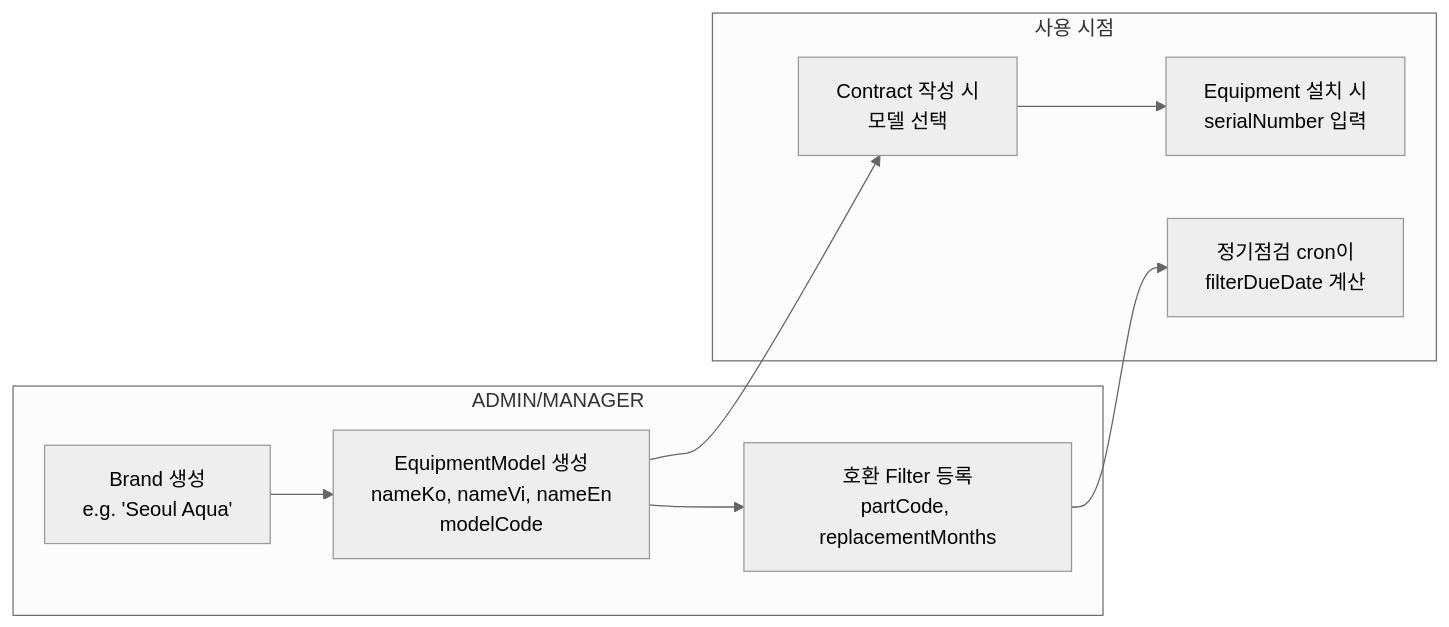
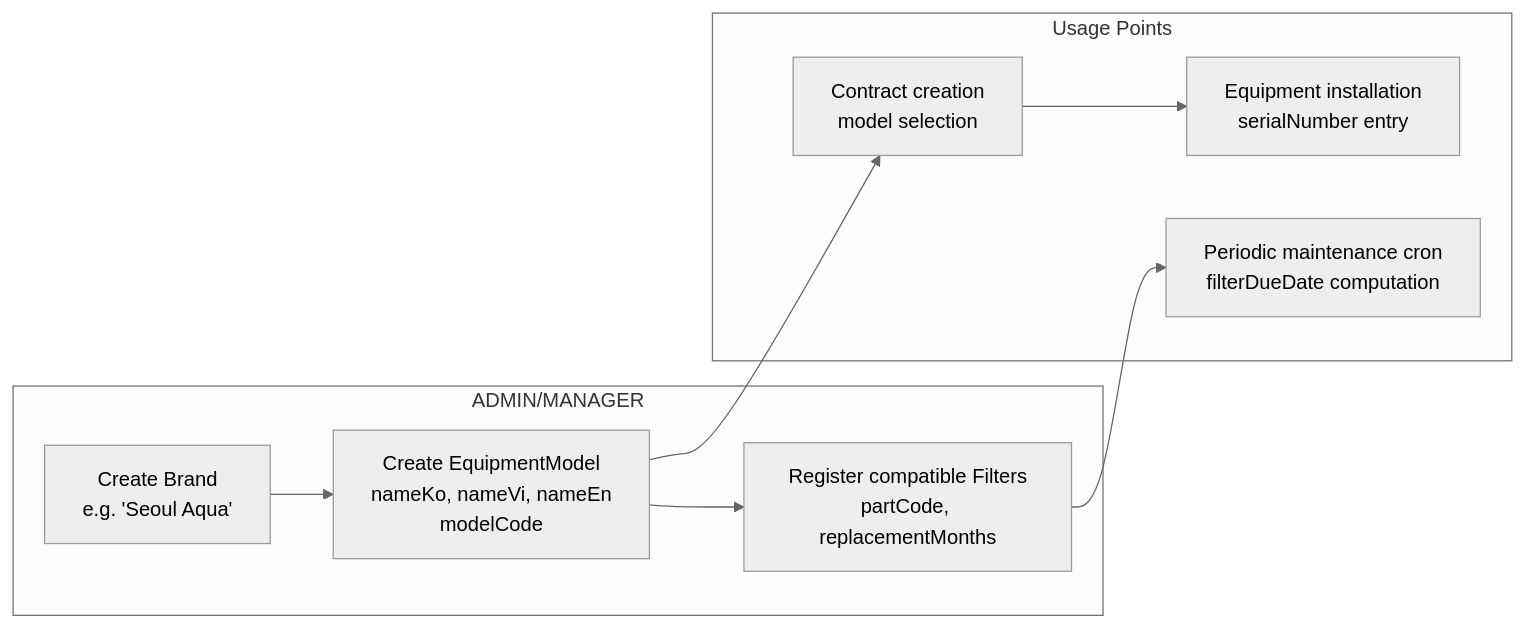
Before and after one commit to JoJakeTaemoon/jakes-home-appliances-soms: the third of 43 diagrams in docs/USER_WORKFLOWS.md, drawn with Mermaid (neutral theme). The commit also changed other lines of this file and 1 other file, not shown here.

First line of the commit message:
docs(workflows): add per-Part summary diagrams to HOW_TO_USE.md + translate USER_WORKFLOWS.md to English

````diff
--- a/docs/USER_WORKFLOWS.md
+++ b/docs/USER_WORKFLOWS.md
@@ -131,18 +131,18 @@
 ```mermaid
 flowchart LR
   subgraph Admin["ADMIN/MANAGER"]
-    A1["Brand 생성<br/>e.g. 'Seoul Aqua'"]
-    A2["EquipmentModel 생성<br/>nameKo, nameVi, nameEn<br/>modelCode"]
-    A3["호환 Filter 등록<br/>partCode, replacementMonths"]
+    A1["Create Brand<br/>e.g. 'Seoul Aqua'"]
+    A2["Create EquipmentModel<br/>nameKo, nameVi, nameEn<br/>modelCode"]
+    A3["Register compatible Filters<br/>partCode, replacementMonths"]
   end
 
-  subgraph Used["사용 시점"]
-    B1["Contract 작성 시<br/>모델 선택"]
-    B2["Equipment 설치 시<br/>serialNumber 입력"]
-    B3["정기점검 cron이<br/>filterDueDate 계산"]
+  subgraph Used["Usage Points"]
+    B1["Contract creation<br/>model selection"]
+    B2["Equipment installation<br/>serialNumber entry"]
+    B3["Periodic maintenance cron<br/>filterDueDate computation"]
   end
 
   A1 --> A2 --> A3
   A2 --> B1 --> B2
   A3 --> B3
 ```
````
